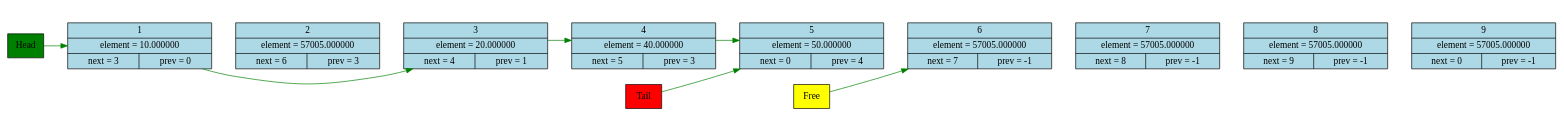
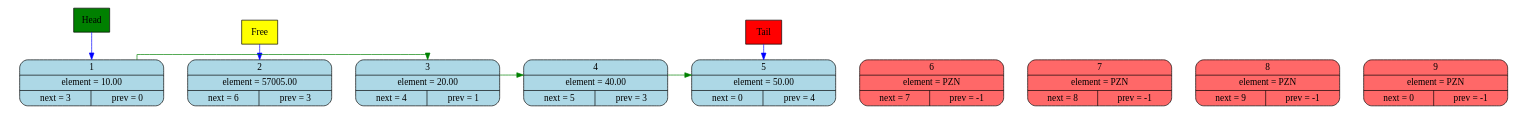
Before and after one commit to evanvd/List: the diagram in log/graphviz_file.dot, drawn with Graphviz. The commit also changed 17 other files, not shown here.

```diff
--- a/log/graphviz_file.dot
+++ b/log/graphviz_file.dot
@@ -1,24 +1,42 @@
 digraph {
-
+splines=ortho;
 HEAD [shape = record, label = "Head", style =  filled, fillcolor = "green"];
 TAIL [shape = record, label = "Tail", style =  filled, fillcolor = "red"];
 Free [shape = record, label = "Free", style =  filled, fillcolor = "yellow"];
 rankdir=LR;
  ranksep=0.5;
- nodesep = 0.3;node1 [shape=record,label=" 1 |element =  10.000000 |{<f0> next = 3  | prev  = 0}", style=filled, fillcolor=lightblue, width=3, height=0.8];
-node2 [shape=record,label=" 2 |element =  57005.000000 |{<f0> next = 6  | prev  = 3}",  style=filled, fillcolor=lightblue, width=3, height=0.8];
-node3 [shape=record,label=" 3 |element =  20.000000    |{<f0> next = 4  | prev  = 1}",  style=filled, fillcolor=lightblue, width=3, height=0.8];
-node4 [shape=record,label=" 4 |element =  40.000000    |{<f0> next = 5  | prev  = 3}",  style=filled, fillcolor=lightblue, width=3, height=0.8];
-node5 [shape=record,label=" 5 |element =  50.000000    |{<f0> next = 0  | prev  = 4}",  style=filled, fillcolor=lightblue, width=3, height=0.8];
-node6 [shape=record,label=" 6 |element =  57005.000000 |{<f0> next = 7  | prev  = -1}", style=filled, fillcolor=lightblue, width=3, height=0.8];
-node7 [shape=record,label=" 7 |element =  57005.000000 |{<f0> next = 8  | prev  = -1}", style=filled, fillcolor=lightblue, width=3, height=0.8];
-node8 [shape=record,label=" 8 |element =  57005.000000 |{<f0> next = 9  | prev  = -1}", style=filled, fillcolor=lightblue, width=3, height=0.8];
-node9 [shape=record,label=" 9 |element =  57005.000000 |{<f0> next = 0  | prev  = -1}", style=filled, fillcolor=lightblue, width=3, height=0.8];
+ nodesep = 0.3;node1 [shape=record,label=" 1 |element =  10.00 |{<f0> next = 3  | prev  = 0}", style="filled, rounded", fillcolor = lightblue, width=3, height=0.8];
+node2 [shape=record,label=" 2 |element =  57005.00 |{<f0> next = 6  | prev  = 3}", style="filled, rounded", fillcolor = lightblue, width=3, height=0.8];
+node3 [shape=record,label=" 3 |element =  20.00 |{<f0> next = 4  | prev  = 1}", style="filled, rounded", fillcolor = lightblue, width=3, height=0.8];
+node4 [shape=record,label=" 4 |element =  40.00 |{<f0> next = 5  | prev  = 3}", style="filled, rounded", fillcolor = lightblue, width=3, height=0.8];
+node5 [shape=record,label=" 5 |element =  50.00 |{<f0> next = 0  | prev  = 4}", style="filled, rounded", fillcolor = lightblue, width=3, height=0.8];
+node6 [shape=record,label=" 6 |element =  PZN |{<f0> next = 7  | prev  = -1}", style="filled, rounded", fillcolor = "#ff3434bd", width=3, height=0.8];
+node7 [shape=record,label=" 7 |element =  PZN |{<f0> next = 8  | prev  = -1}", style="filled, rounded", fillcolor = "#ff3434bd", width=3, height=0.8];
+node8 [shape=record,label=" 8 |element =  PZN |{<f0> next = 9  | prev  = -1}", style="filled, rounded", fillcolor = "#ff3434bd", width=3, height=0.8];
+node9 [shape=record,label=" 9 |element =  PZN |{<f0> next = 0  | prev  = -1}", style="filled, rounded", fillcolor = "#ff3434bd", width=3, height=0.8];
 node1->node1->node2->node3->node4->node5->node6->node7->node8->node9
 [style=invis, weight=100];
-edge [color=green, penwidth=1, arrowhead = normal];
+ edge [color=green, penwidth = 1, arrowhead = normal];
 node1->node3->node4->node5;
-HEAD->node1
-TAIL->node5
-Free->node6
+
+edge [color=blue, penwidth = 1, arrowhead = normal];
+    subgraph {
+        rank = same
+        HEAD;
+        node1;
+        HEAD->node1
+    }
+    subgraph {
+        rank = same
+        TAIL;
+        node5;
+        TAIL->node5
+    }
+    subgraph {
+        rank = same
+        Free;
+        node2;
+        Free->node2
+    }
+
 }
```
